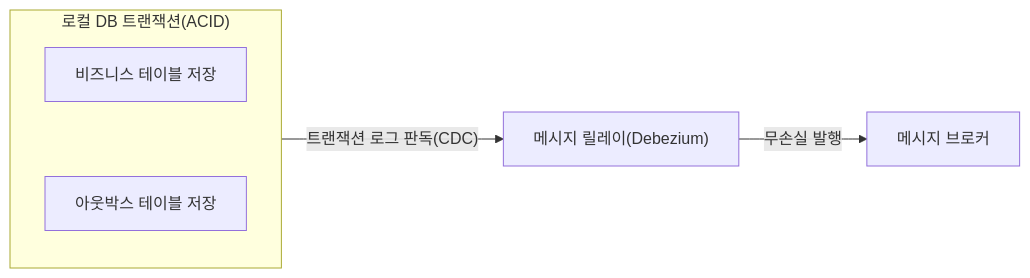
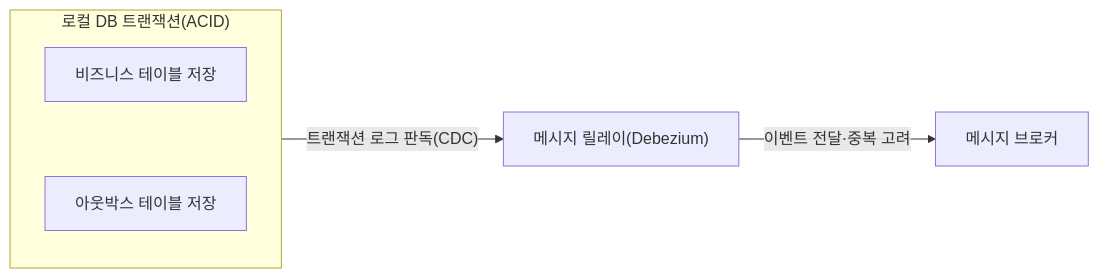
The third of 3 diagrams in src/content/docs/notes/itpe/02-software-engineering/140_message_queue.md (agnusdei1207/study), drawn with Mermaid before and after one commit. The commit also changed other lines of this file and 31 other files, not shown here.

````diff
--- a/src/content/docs/notes/itpe/02-software-engineering/140_message_queue.md
+++ b/src/content/docs/notes/itpe/02-software-engineering/140_message_queue.md
@@ -110,8 +122,8 @@
 ```mermaid
 flowchart LR
     subgraph TX["로컬 DB 트랜잭션(ACID)"]
         ORD["비즈니스 테이블 저장"] ~~~ OUT["아웃박스 테이블 저장"]
     end
     TX -->|"트랜잭션 로그 판독(CDC)"| RELAY["메시지 릴레이(Debezium)"]
-    RELAY -->|"무손실 발행"| MQ["메시지 브로커"]
+    RELAY -->|"이벤트 전달·중복 고려"| MQ["메시지 브로커"]
 ```
````
